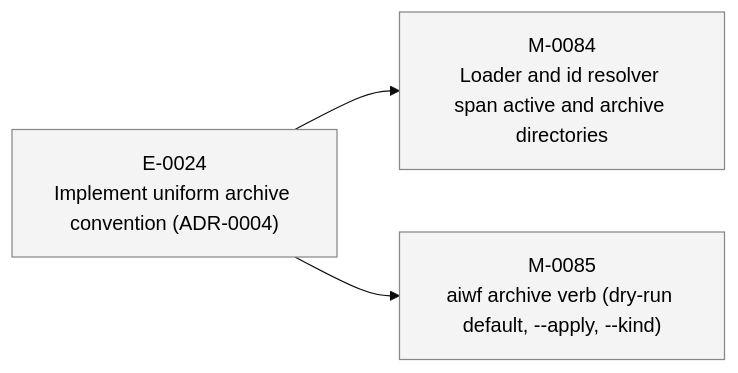
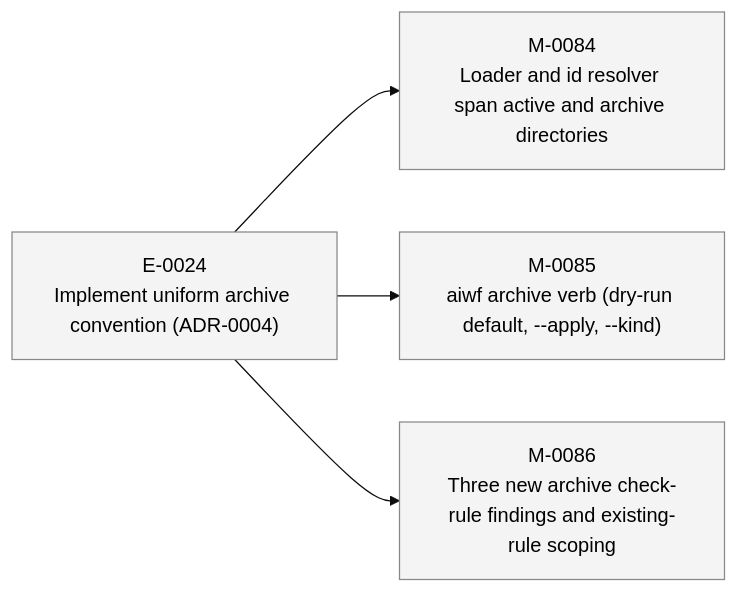
One commit to 23min/aiwf changed the second of 2 diagrams in STATUS.md. Above: the diagram before and after it, drawn with Mermaid (base theme). The commit also changed other lines of this file and 1 other file, not shown here.

First line of the commit message:
aiwf add milestone M-0086 "Three new archive check-rule findings and existing-rule scoping"

````diff
--- a/STATUS.md
+++ b/STATUS.md
@@ -46,14 +47,16 @@
 ```mermaid
 flowchart LR
   E_0024["E-0024<br/>Implement uniform archive convention (ADR-0004)"]:::epic_proposed
   M_0084["M-0084<br/>Loader and id resolver span active and archive directories"]:::ms_draft
   E_0024 --> M_0084
   M_0085["M-0085<br/>aiwf archive verb (dry-run default, --apply, --kind)"]:::ms_draft
   E_0024 --> M_0085
+  M_0086["M-0086<br/>Three new archive check-rule findings and existing-rule scoping"]:::ms_draft
+  E_0024 --> M_0086
   classDef epic_active fill:#d6eaff,stroke:#1a73e8,color:#000
   classDef epic_proposed fill:#f4f4f4,stroke:#888,color:#000
   classDef ms_done fill:#d8f5d8,stroke:#2a8a2a,color:#000
   classDef ms_in_progress fill:#fff3c4,stroke:#caa400,color:#000
   classDef ms_draft fill:#f4f4f4,stroke:#888,color:#000
   classDef ms_cancelled fill:#fbeaea,stroke:#c33,color:#000
 ```
````
